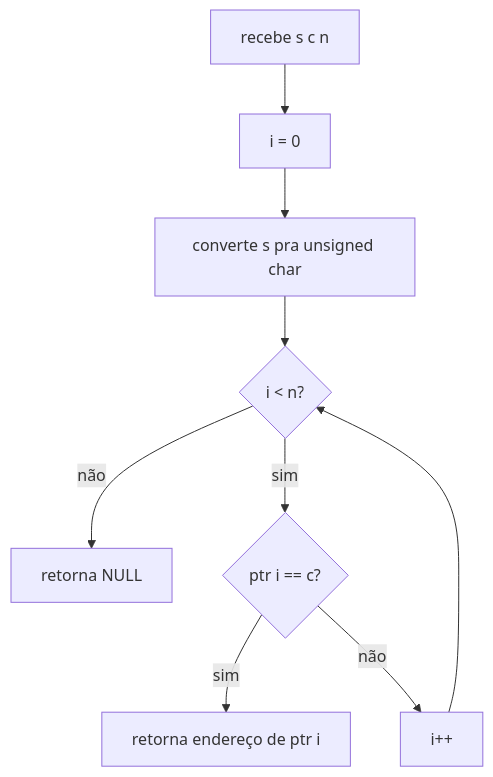
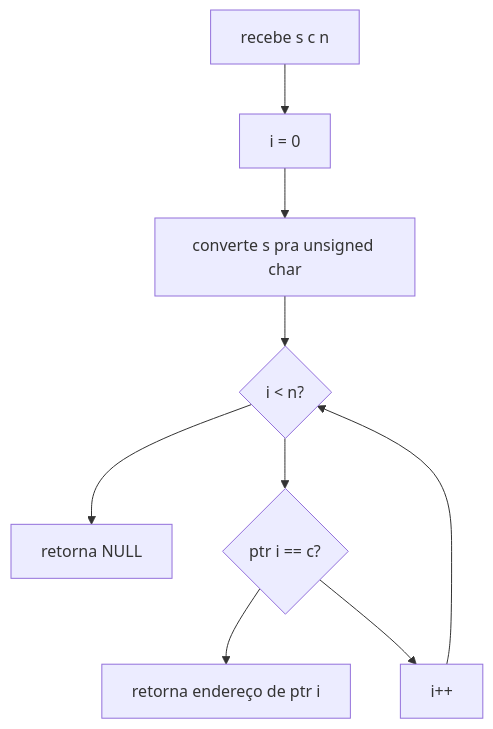
Diagram 18 of 43 in 1-libft/Readme.md (ahy-git/docs), drawn with Mermaid before and after one commit. The commit also changed other lines of this file, not shown here.

````diff
--- a/1-libft/Readme.md
+++ b/1-libft/Readme.md
@@ -1575,11 +1575,11 @@
 ```mermaid
 flowchart TD
 	A["recebe s c n"] --> B["i = 0"]
 	B --> C["converte s pra unsigned char"]
 	C --> D{"i < n?"}
-	D -- não --> E["retorna NULL"]
-	D -- sim --> F{"ptr i == c?"}
-	F -- sim --> G["retorna endereço de ptr i"]
-	F -- não --> H["i++"]
+	D --> E["retorna NULL"]
+	D --> F{"ptr i == c?"}
+	F --> G["retorna endereço de ptr i"]
+	F --> H["i++"]
 	H --> D
 ```
````
